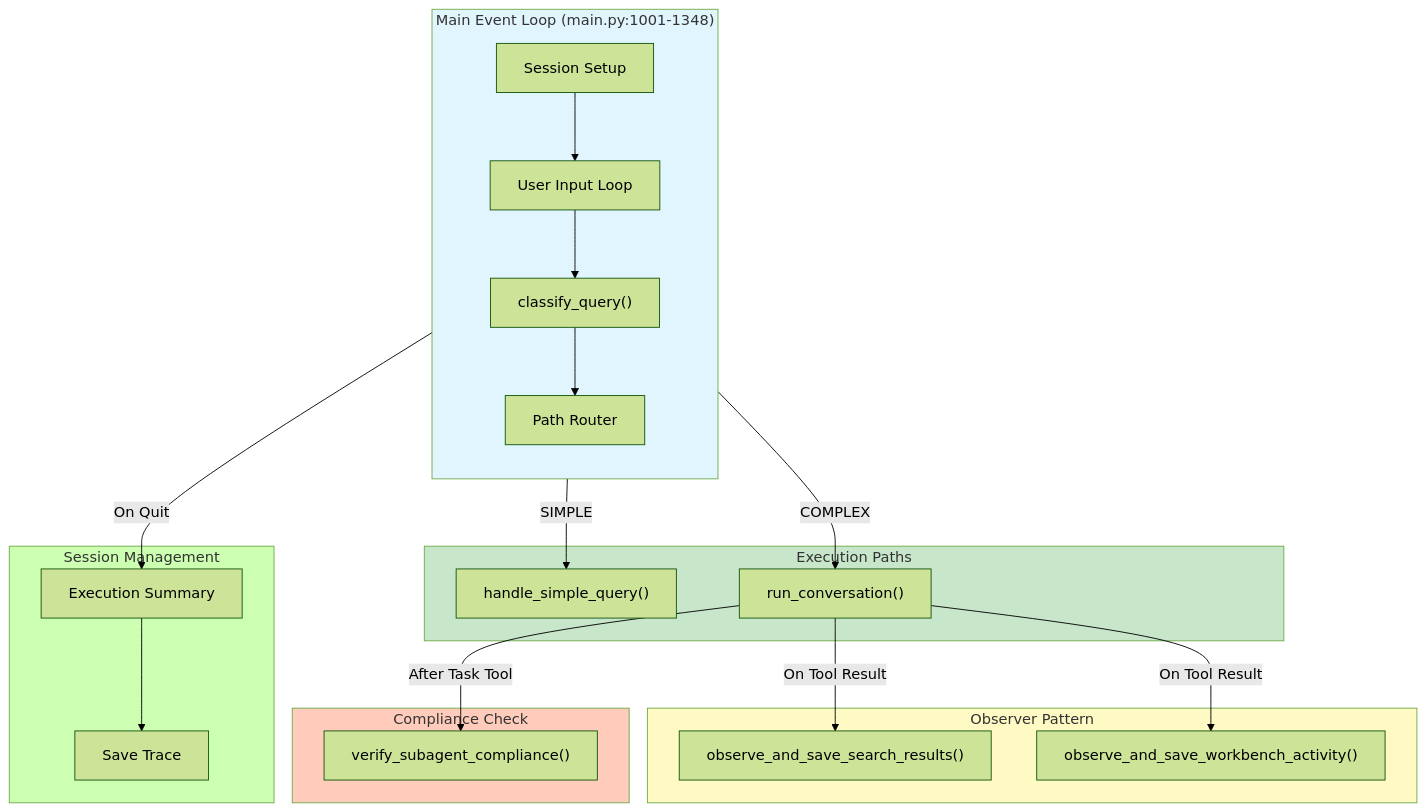
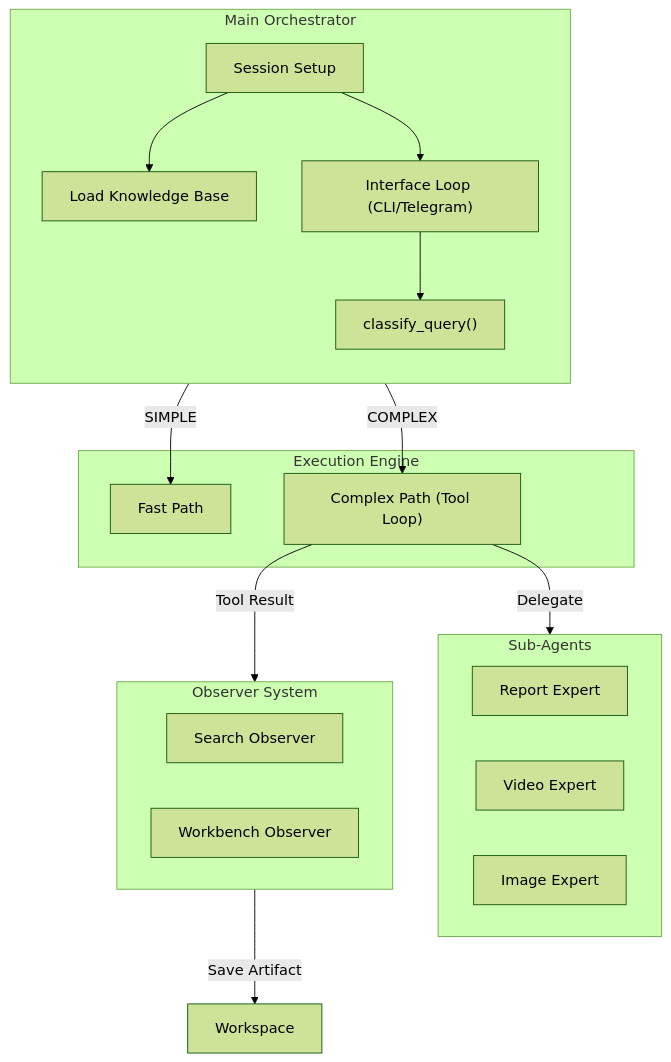
The second of 3 diagrams in Project_Documentation/Architecture/01_overall_system_architecture.md (Kjdragan/universal_agent), drawn with Mermaid (forest theme) before and after one commit. The commit also changed other lines of this file and 7 other files, not shown here.

Commit message:
feat: Add Railway deployment plan, Telegram integration, and JIT delegation guide rail architecture documentation, and update project context.

````diff
--- a/Project_Documentation/Architecture/01_overall_system_architecture.md
+++ b/Project_Documentation/Architecture/01_overall_system_architecture.md
@@ -307,49 +201,38 @@
 ```mermaid
 flowchart TB
-    subgraph MainLoop["Main Event Loop (main.py:1001-1348)"]
+    subgraph MainLoop["Main Orchestrator"]
         direction TB
         Session["Session Setup"]
-        InputLoop["User Input Loop"]
+        Interface["Interface Loop (CLI/Telegram)"]
         Classify["classify_query()"]
-        Router["Path Router"]
+        KB["Load Knowledge Base"]
     end
 
-    subgraph Paths["Execution Paths"]
-        Fast["handle_simple_query()"]
-        Complex["run_conversation()"]
+    subgraph Execution["Execution Engine"]
+        Fast["Fast Path"]
+        Complex["Complex Path (Tool Loop)"]
     end
 
-    subgraph Observers["Observer Pattern"]
-        SearchObs["observe_and_save_search_results()"]
-        WorkbenchObs["observe_and_save_workbench_activity()"]
+    subgraph Specialists["Sub-Agents"]
+        Report["Report Expert"]
+        Video["Video Expert"]
+        Image["Image Expert"]
     end
 
-    subgraph Validation["Compliance Check"]
-        Verify["verify_subagent_compliance()"]
+    subgraph Observers["Observer System"]
+        SearchObs["Search Observer"]
+        WorkbenchObs["Workbench Observer"]
     end
 
-    subgraph Output["Session Management"]
-        Summary["Execution Summary"]
-        Trace["Save Trace"]
-    end
+    Session --> KB
+    Session --> Interface
+    Interface --> Classify
 
-    Session --> InputLoop
-    InputLoop --> Classify
-    Classify --> Router
+    Classify -->|SIMPLE| Fast
+    Classify -->|COMPLEX| Complex
 
-    Router -->|SIMPLE| Fast
-    Router -->|COMPLEX| Complex
+    Complex -->|"Delegate"| Specialists
+    Complex -->|"Tool Result"| Observers
 
-    Complex -->|"On Tool Result"| SearchObs
-    Complex -->|"On Tool Result"| WorkbenchObs
-
-    Complex -->|"After Task Tool"| Verify
-
-    InputLoop -->|"On Quit"| Summary
-    Summary --> Trace
-
-    style MainLoop fill:#e1f5fe
-    style Paths fill:#c8e6c9
-    style Observers fill:#fff9c4
-    style Validation fill:#ffccbc
+    Observers -->|"Save Artifact"| Workspace
 ```
````
